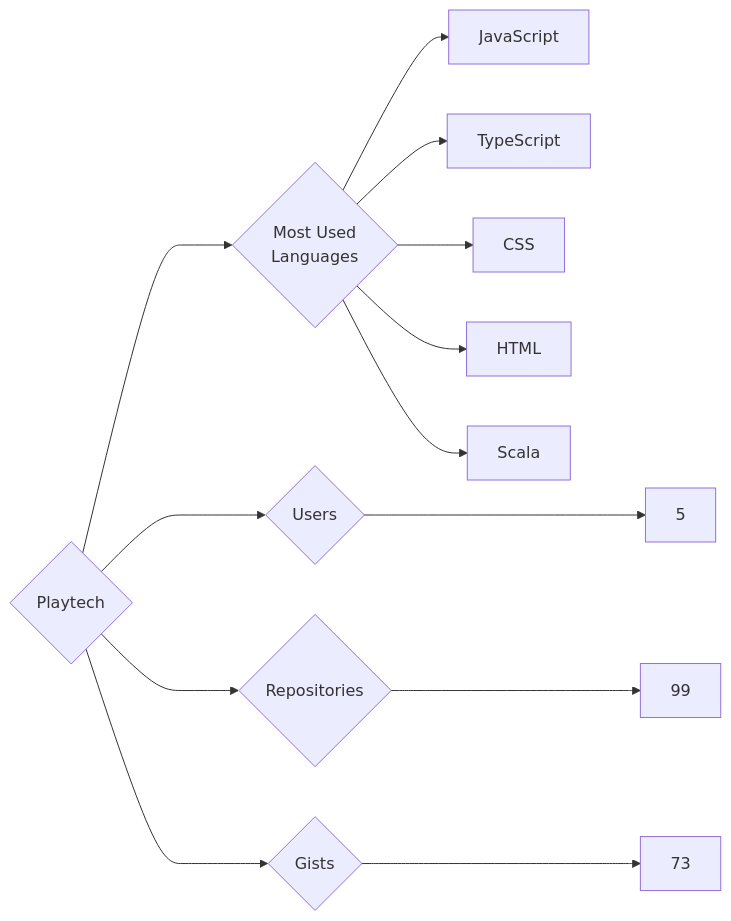
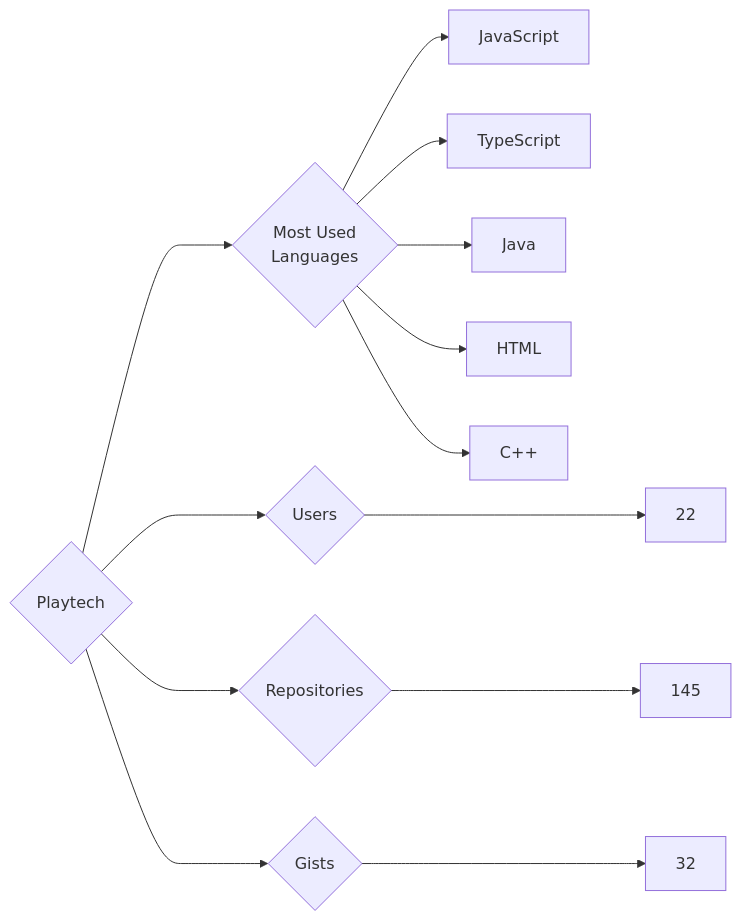
Before and after one commit to trickest/insiders: the diagram in targets/Playtech/README.md, drawn with Mermaid. The commit also changed 948 other files, not shown here.

````diff
--- a/targets/Playtech/README.md
+++ b/targets/Playtech/README.md
@@ -3,13 +3,13 @@
 ```mermaid
 graph LR
 COMPANY_NAME{Playtech}
-COMPANY_NAME ---> U{Users} ---> UN[5]
-COMPANY_NAME ---> R{Repositories} ---> RN[99]
-COMPANY_NAME ---> G{Gists} ---> GN[73]
+COMPANY_NAME ---> U{Users} ---> UN[22]
+COMPANY_NAME ---> R{Repositories} ---> RN[145]
+COMPANY_NAME ---> G{Gists} ---> GN[32]
 COMPANY_NAME ---> ML{Most Used<br>Languages}
 ML --> JavaScript[JavaScript]
 ML --> TypeScript[TypeScript]
-ML --> CSS[CSS]
+ML --> Java[Java]
 ML --> HTML[HTML]
-ML --> Scala[Scala]
+ML --> C++[C++]
 ```
````
